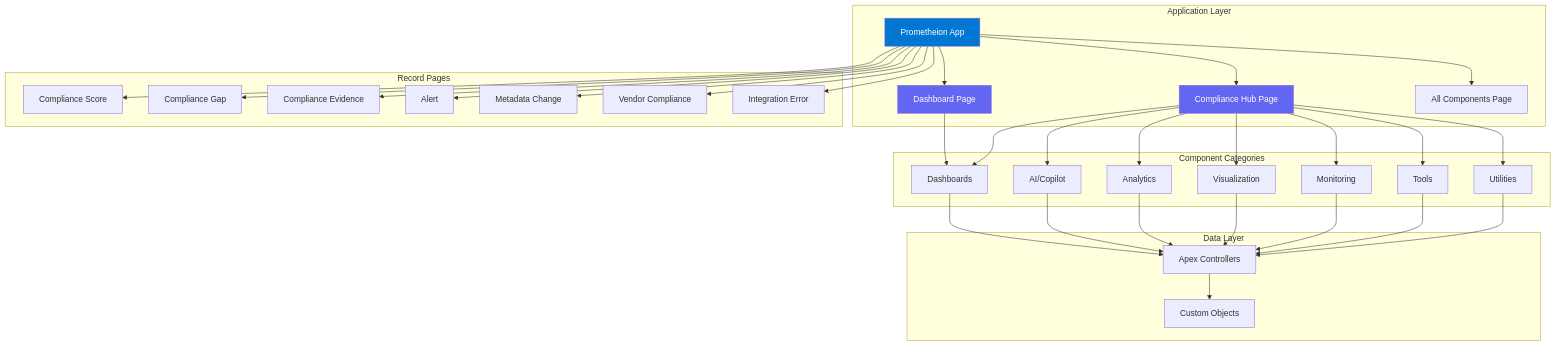
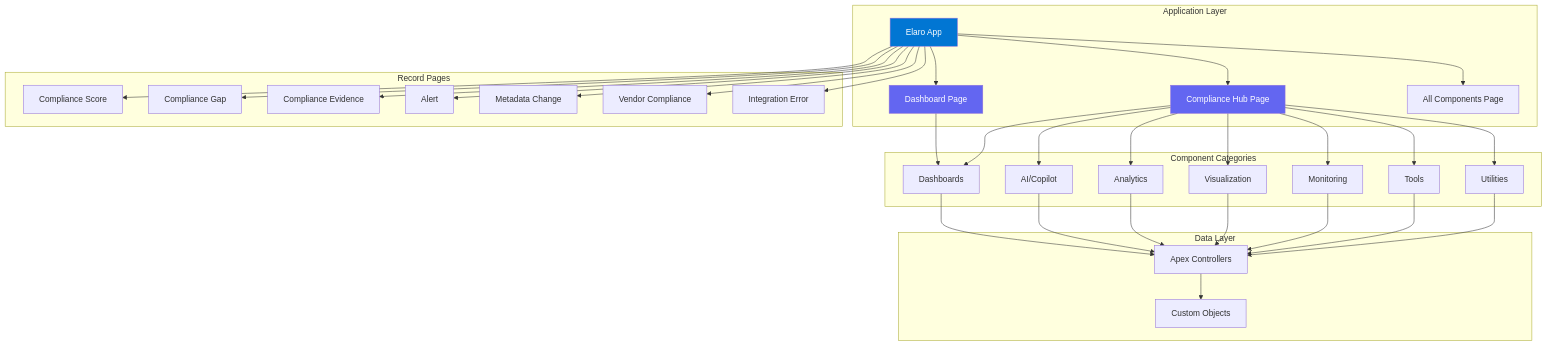
Before and after one commit to derickporter1993/Solentra---Prometheion: the first of 3 diagrams in docs/UI_UX_ARCHITECTURE.md, drawn with Mermaid. The commit also changed other lines of this file and 973 other files, not shown here.

First line of the commit message:
refactor: Rename Prometheion to Elaro across entire codebase

````diff
--- a/docs/UI_UX_ARCHITECTURE.md
+++ b/docs/UI_UX_ARCHITECTURE.md
@@ -345,45 +345,45 @@
 ```mermaid
 graph TB
     subgraph "Application Layer"
-        APP[Prometheion App]
+        APP[Elaro App]
         APP --> HUB[Compliance Hub Page]
         APP --> DASH[Dashboard Page]
         APP --> ALL[All Components Page]
     end
 
     subgraph "Component Categories"
         DASH --> DASHBOARDS[Dashboards]
         HUB --> DASHBOARDS
         HUB --> AI[AI/Copilot]
         HUB --> ANALYTICS[Analytics]
         HUB --> VIZ[Visualization]
         HUB --> MONITOR[Monitoring]
         HUB --> TOOLS[Tools]
         HUB --> UTILS[Utilities]
     end
 
     subgraph "Data Layer"
         DASHBOARDS --> CONTROLLER[Apex Controllers]
         AI --> CONTROLLER
         ANALYTICS --> CONTROLLER
         VIZ --> CONTROLLER
         MONITOR --> CONTROLLER
         TOOLS --> CONTROLLER
         UTILS --> CONTROLLER
         CONTROLLER --> OBJECTS[Custom Objects]
     end
 
     subgraph "Record Pages"
         APP --> REC1[Compliance Score]
         APP --> REC2[Compliance Gap]
         APP --> REC3[Compliance Evidence]
         APP --> REC4[Alert]
         APP --> REC5[Metadata Change]
         APP --> REC6[Vendor Compliance]
         APP --> REC7[Integration Error]
     end
 
     style APP fill:#0176D3,color:#fff
     style HUB fill:#6366f1,color:#fff
     style DASH fill:#6366f1,color:#fff
 ```
````
